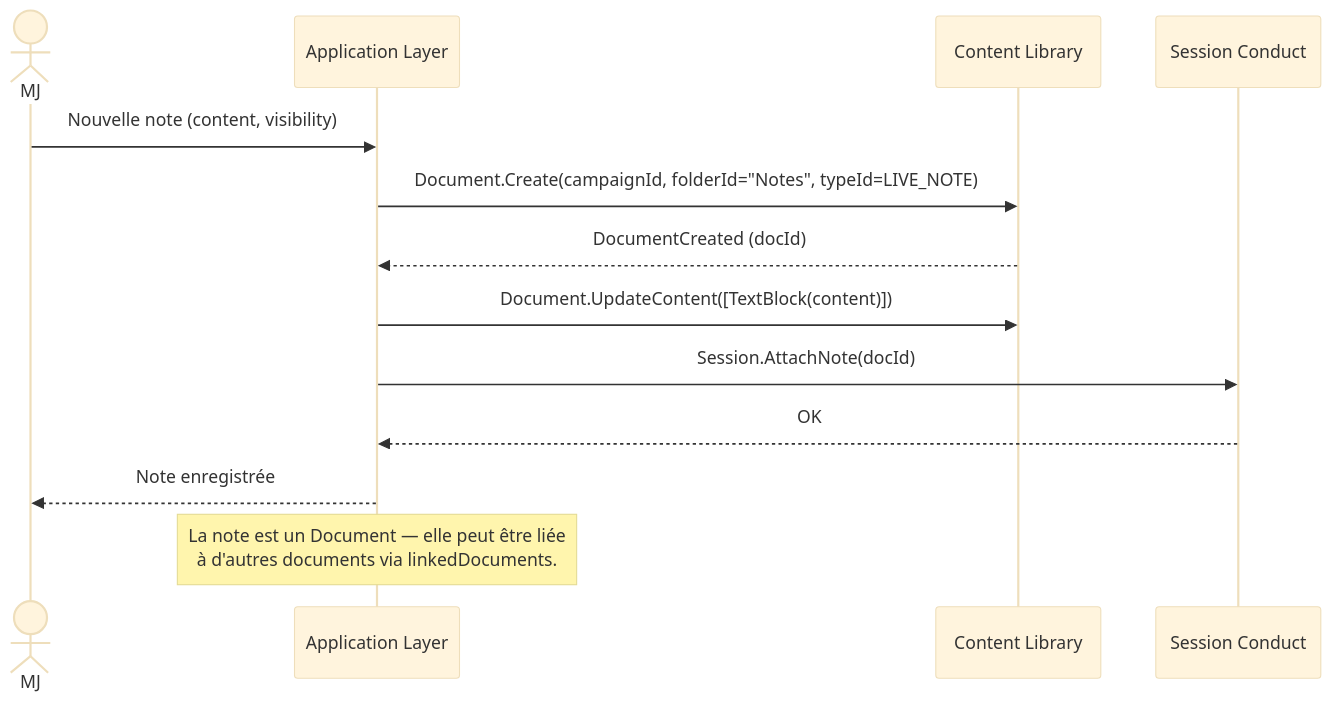
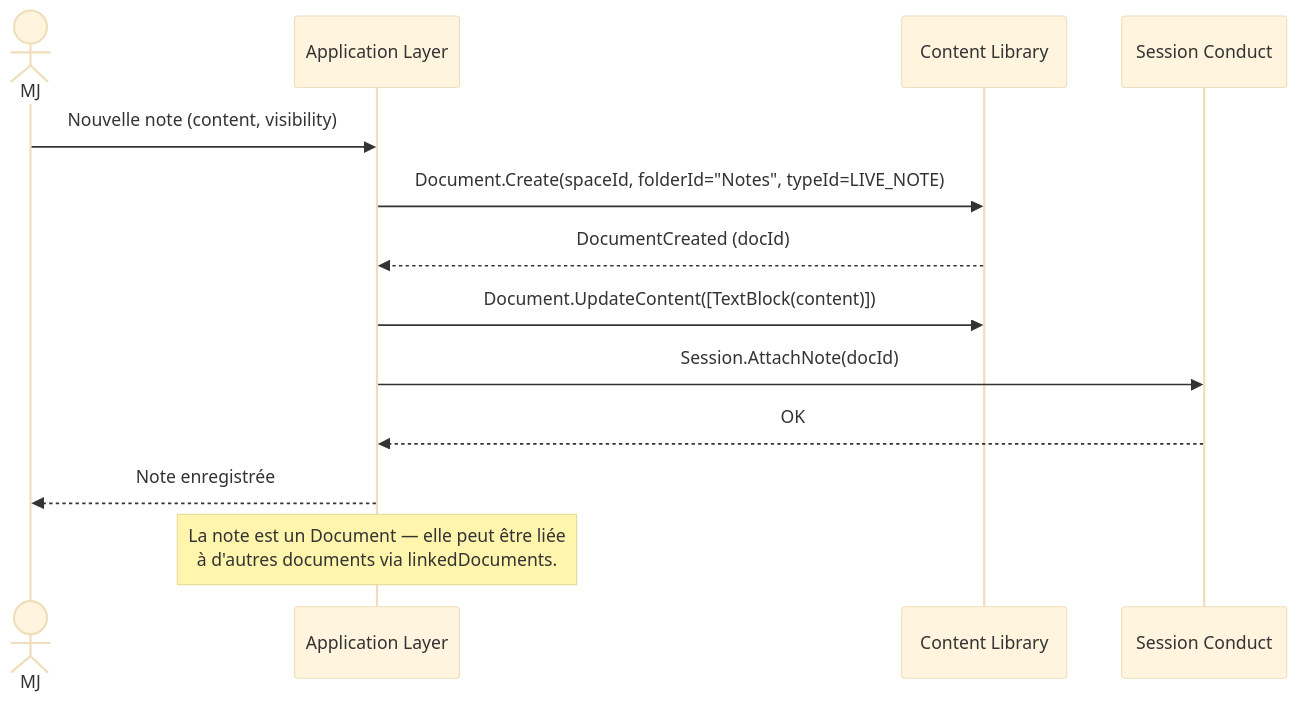
Before and after one commit to 2025-10-CDA-ECO-P6/PM-micro-saas: the sixth of 9 diagrams in docs/conception/domain/diagrams/flows/session-conduct.md, drawn with Mermaid (base theme). The commit also changed other lines of this file and 68 other files, not shown here.

First line of the commit message:
docs(corpus): renomme Campaign en Space et ajoute les spécifications techniques

````diff
--- a/docs/conception/domain/diagrams/flows/session-conduct.md
+++ b/docs/conception/domain/diagrams/flows/session-conduct.md
@@ -89,16 +89,16 @@
 ```mermaid
 sequenceDiagram
     actor MJ
     participant App as Application Layer
     participant CL as Content Library
     participant SC as Session Conduct
 
     MJ->>App: Nouvelle note (content, visibility)
-    App->>CL: Document.Create(campaignId, folderId="Notes", typeId=LIVE_NOTE)
+    App->>CL: Document.Create(spaceId, folderId="Notes", typeId=LIVE_NOTE)
     CL-->>App: DocumentCreated (docId)
     App->>CL: Document.UpdateContent([TextBlock(content)])
     App->>SC: Session.AttachNote(docId)
     SC-->>App: OK
     App-->>MJ: Note enregistrée
     Note over App: La note est un Document — elle peut être liée<br/>à d'autres documents via linkedDocuments.
 ```
````
